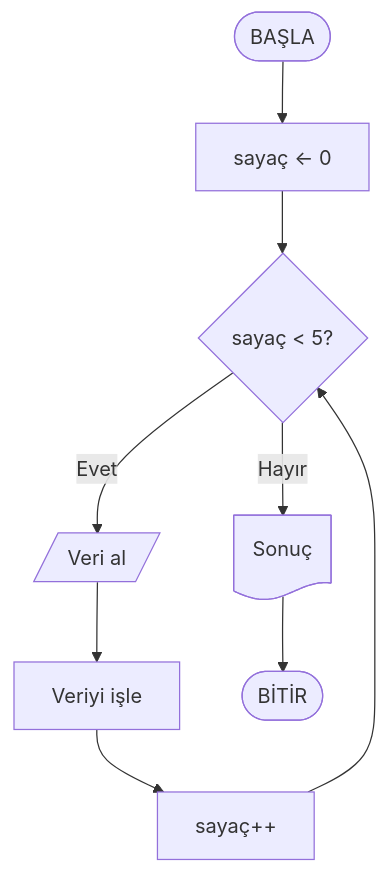
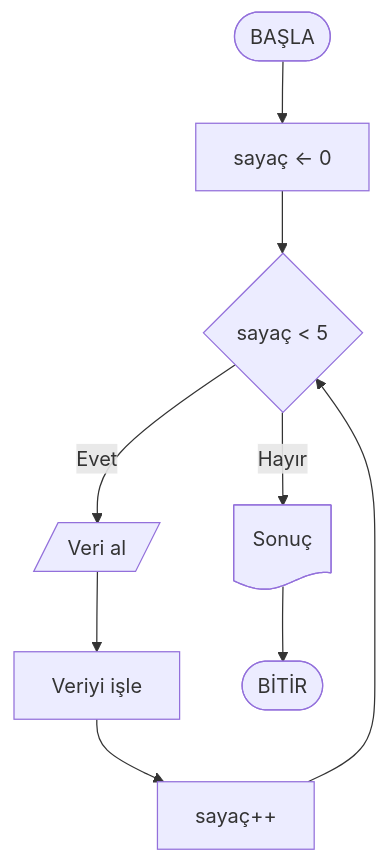
One commit to ibrahimayaz/Algoritma-ve-Programlamaya-Giris-2025 changed the third of 5 diagrams in Hafta03/ders_icerik.md. Above: the diagram before and after it, drawn with Mermaid. The commit also changed other lines of this file, not shown here.

````diff
--- a/Hafta03/ders_icerik.md
+++ b/Hafta03/ders_icerik.md
@@ -502,7 +417,7 @@
 ```mermaid
 flowchart TD
   start([BAŞLA]) --> init[sayaç ← 0]
-  init --> loop{sayaç < 5?}
+  init --> loop{sayaç < 5}
   loop -- Evet --> in[/Veri al/] --> proc[Veriyi işle] --> inc[sayaç++] --> loop
   loop -- Hayır --> show@{ shape: doc, label: "Sonuç" } --> endNode([BİTİR])
 ```
````
